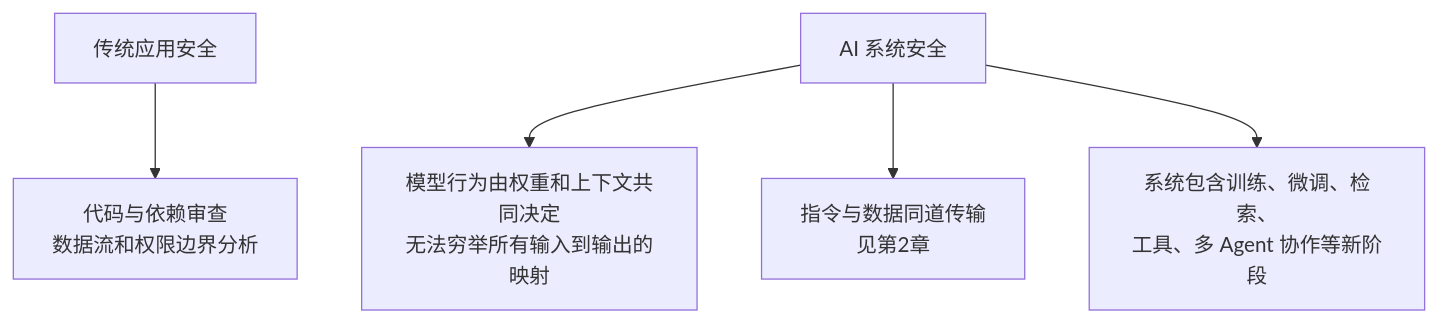
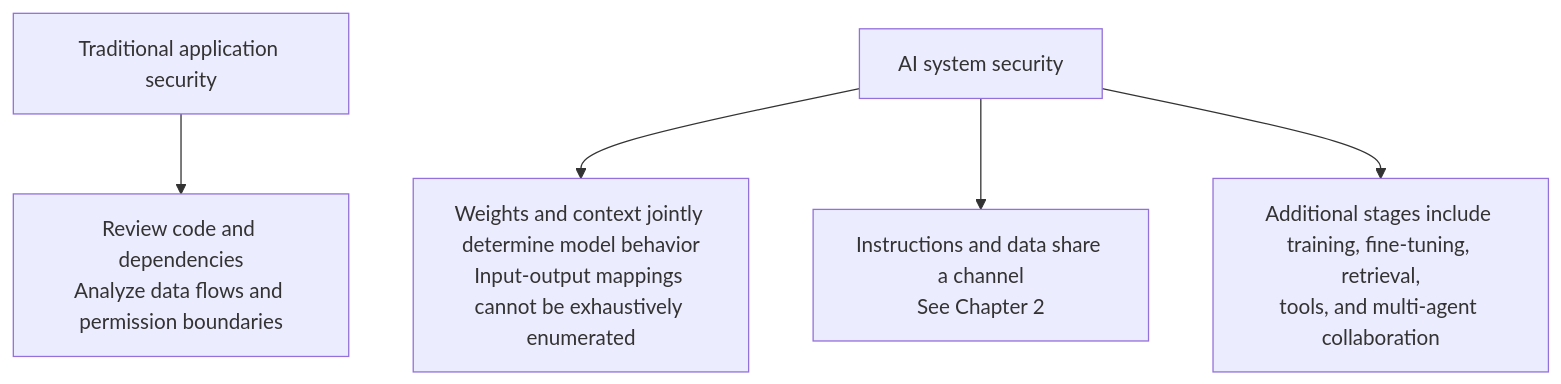
Before and after one commit to oneleaveknowsthefall/awesome-ai-roadmap: the first of 3 diagrams in docs/safety/01-threat-modeling/01-ai-threat-modeling-attack-surface.md, drawn with Mermaid. The commit also changed other lines of this file and 82 other files, not shown here.

````diff
--- a/docs/safety/01-threat-modeling/01-ai-threat-modeling-attack-surface.md
+++ b/docs/safety/01-threat-modeling/01-ai-threat-modeling-attack-surface.md
@@ -11,7 +11,7 @@
 ```mermaid
 flowchart TB
-    T[传统应用安全] --> T1[代码与依赖审查<br/>数据流和权限边界分析]
-    A[AI 系统安全] --> A1[模型行为由权重和上下文共同决定<br/>无法穷举所有输入到输出的映射]
-    A --> A2[指令与数据同道传输<br/>见第2章]
-    A --> A3[系统包含训练、微调、检索、<br/>工具、多 Agent 协作等新阶段]
+    T[Traditional application security] --> T1[Review code and dependencies<br/>Analyze data flows and permission boundaries]
+    A[AI system security] --> A1[Weights and context jointly determine model behavior<br/>Input-output mappings cannot be exhaustively enumerated]
+    A --> A2[Instructions and data share a channel<br/>See Chapter 2]
+    A --> A3[Additional stages include training, fine-tuning, retrieval,<br/>tools, and multi-agent collaboration]
 ```
````
